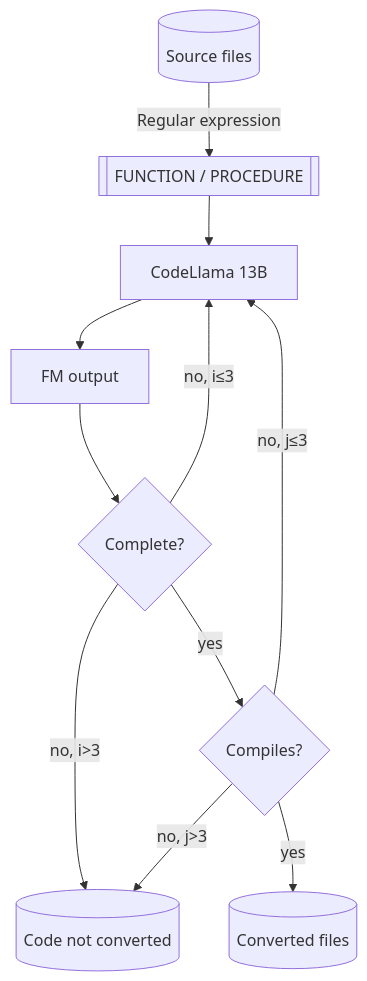
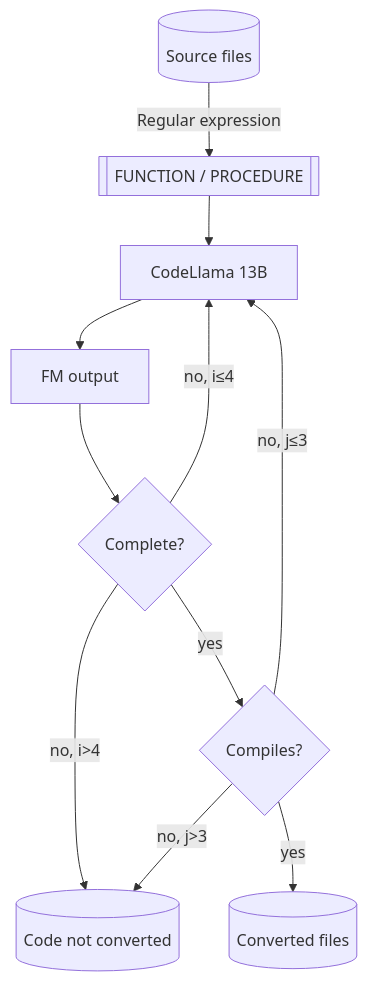
One commit to aws-samples/plsql2python-codellama-code-conversion changed the diagram in README.md. Above: the diagram before and after it, drawn with Mermaid. The commit also changed other lines of this file and 4 other files, not shown here.

````diff
--- a/README.md
+++ b/README.md
@@ -90,14 +102,14 @@
 ```mermaid
 flowchart TD
     source_files[("Source files")] -->|Regular expression|routine[["FUNCTION / PROCEDURE"]]
     routine --> FM
     FM["CodeLlama 13B"] --> fm_output["FM output"]
     fm_output --> fm_output_complete{"Complete?"}
-    fm_output_complete -->|no, i≤3|FM
-    fm_output_complete -->|no, i>3|non_converted_files
+    fm_output_complete -->|no, i≤4|FM
+    fm_output_complete -->|no, i>4|non_converted_files
     fm_output_complete -->|yes|compiles{"Compiles?"}
     compiles -->|no, j≤3|FM
     compiles -->|no, j>3|non_converted_files
     compiles -->|yes|converted_files[("Converted files")]
     non_converted_files[("Code not converted")]
 ```
````
